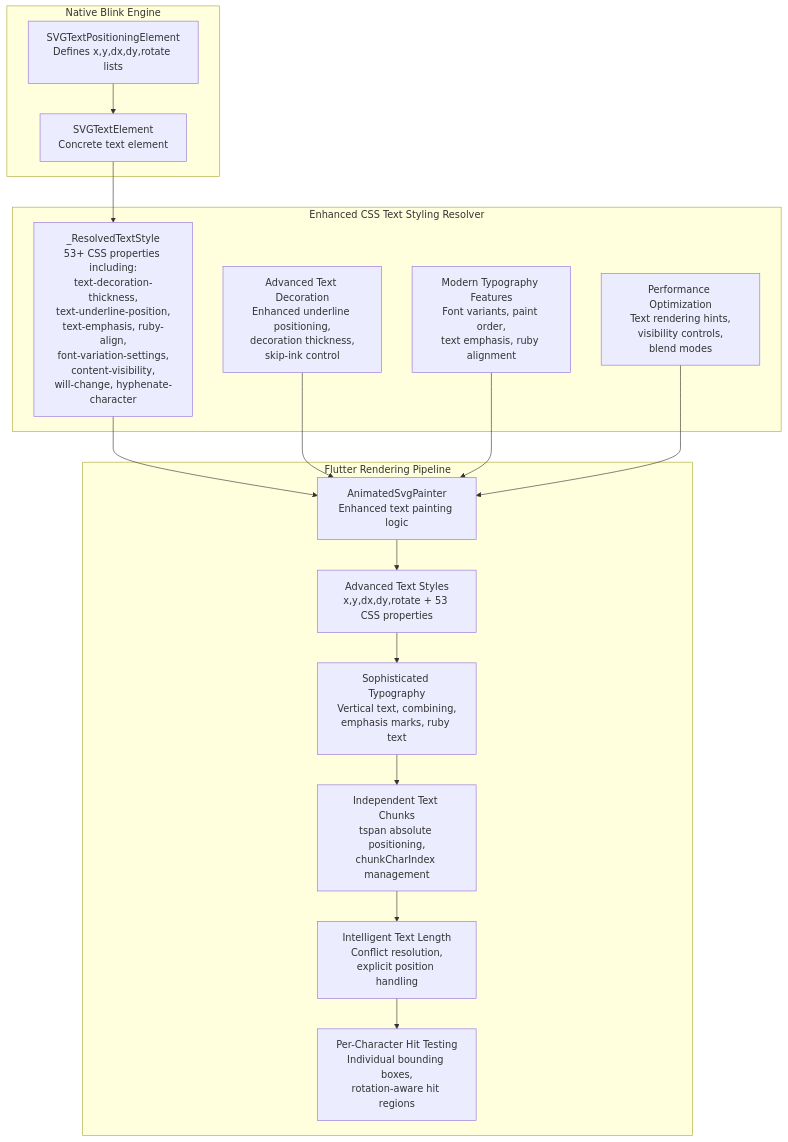
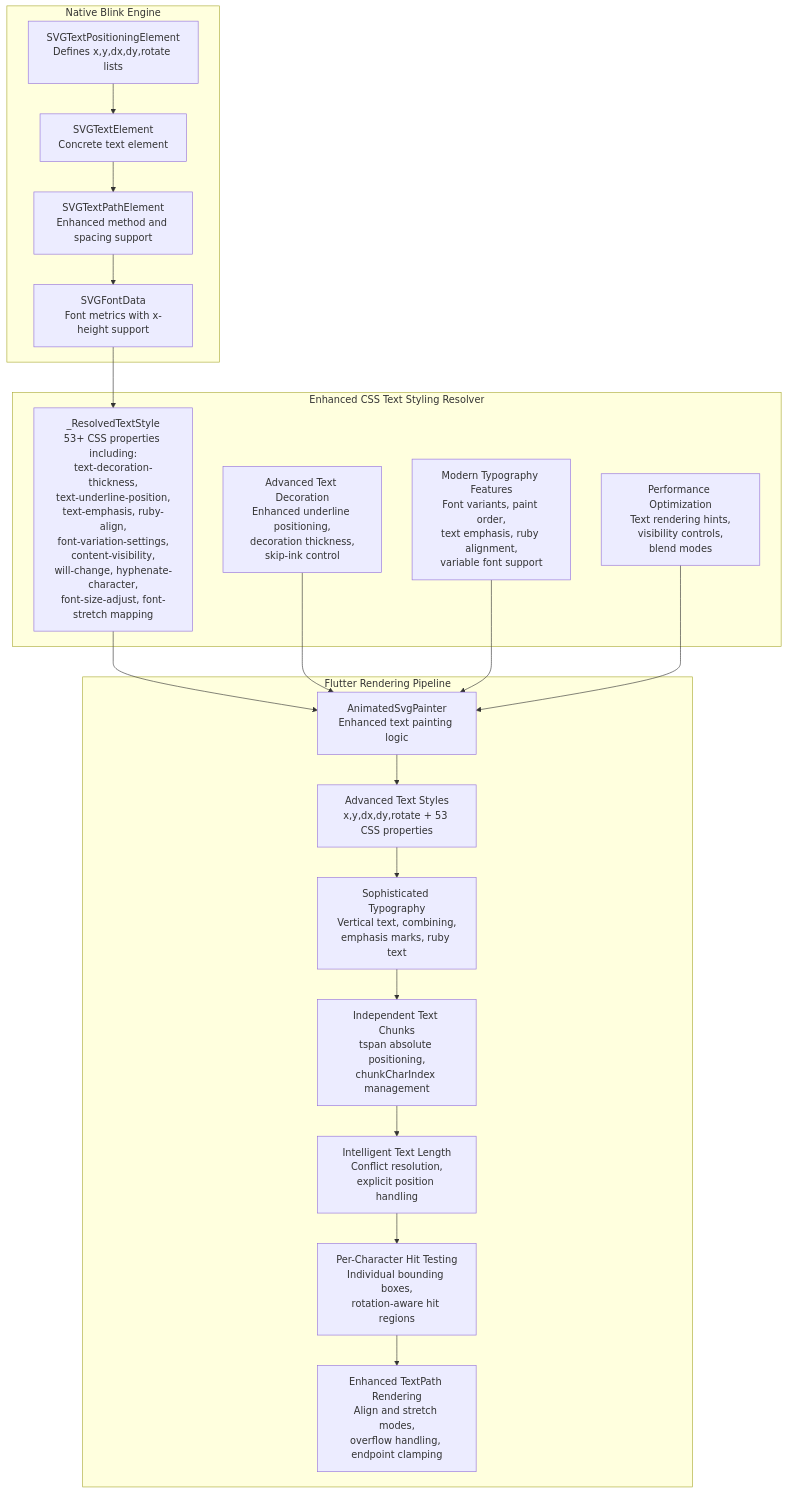
Before and after one commit to denisnadey/flutter_full_svg_support: the first of 6 diagrams in .qoder/repowiki/en/content/Animated SVG Support/Text Positioning Attributes.md, drawn with Mermaid. The commit also changed other lines of this file and 31 other files, not shown here.

First line of the commit message:
feat(smil-animation): implement advanced motion animation and path tracking

````diff
--- a/.qoder/repowiki/en/content/Animated SVG Support/Text Positioning Attributes.md
+++ b/.qoder/repowiki/en/content/Animated SVG Support/Text Positioning Attributes.md
@@ -64,32 +78,38 @@
 ```mermaid
 graph TB
 subgraph "Native Blink Engine"
 A["SVGTextPositioningElement<br/>Defines x,y,dx,dy,rotate lists"]
 B["SVGTextElement<br/>Concrete text element"]
+C["SVGTextPathElement<br/>Enhanced method and spacing support"]
+D["SVGFontData<br/>Font metrics with x-height support"]
 end
 subgraph "Enhanced CSS Text Styling Resolver"
-C["_ResolvedTextStyle<br/>53+ CSS properties including:<br/>text-decoration-thickness,<br/>text-underline-position,<br/>text-emphasis, ruby-align,<br/>font-variation-settings,<br/>content-visibility,<br/>will-change, hyphenate-character"]
-D["Advanced Text Decoration<br/>Enhanced underline positioning,<br/>decoration thickness,<br/>skip-ink control"]
-E["Modern Typography Features<br/>Font variants, paint order,<br/>text emphasis, ruby alignment"]
-F["Performance Optimization<br/>Text rendering hints,<br/>visibility controls,<br/>blend modes"]
+E["_ResolvedTextStyle<br/>53+ CSS properties including:<br/>text-decoration-thickness,<br/>text-underline-position,<br/>text-emphasis, ruby-align,<br/>font-variation-settings,<br/>content-visibility,<br/>will-change, hyphenate-character,<br/>font-size-adjust, font-stretch mapping"]
+F["Advanced Text Decoration<br/>Enhanced underline positioning,<br/>decoration thickness,<br/>skip-ink control"]
+G["Modern Typography Features<br/>Font variants, paint order,<br/>text emphasis, ruby alignment,<br/>variable font support"]
+H["Performance Optimization<br/>Text rendering hints,<br/>visibility controls,<br/>blend modes"]
 end
 subgraph "Flutter Rendering Pipeline"
-G["AnimatedSvgPainter<br/>Enhanced text painting logic"]
-H["Advanced Text Styles<br/>x,y,dx,dy,rotate + 53 CSS properties"]
-I["Sophisticated Typography<br/>Vertical text, combining,<br/>emphasis marks, ruby text"]
-J["Independent Text Chunks<br/>tspan absolute positioning,<br/>chunkCharIndex management"]
-K["Intelligent Text Length<br/>Conflict resolution,<br/>explicit position handling"]
-L["Per-Character Hit Testing<br/>Individual bounding boxes,<br/>rotation-aware hit regions"]
+I["AnimatedSvgPainter<br/>Enhanced text painting logic"]
+J["Advanced Text Styles<br/>x,y,dx,dy,rotate + 53 CSS properties"]
+K["Sophisticated Typography<br/>Vertical text, combining,<br/>emphasis marks, ruby text"]
+L["Independent Text Chunks<br/>tspan absolute positioning,<br/>chunkCharIndex management"]
+M["Intelligent Text Length<br/>Conflict resolution,<br/>explicit position handling"]
+N["Per-Character Hit Testing<br/>Individual bounding boxes,<br/>rotation-aware hit regions"]
+O["Enhanced TextPath Rendering<br/>Align and stretch modes,<br/>overflow handling, endpoint clamping"]
 end
 A --> B
 B --> C
-C --> G
-D --> G
-E --> G
-F --> G
-G --> H
+C --> D
+D --> E
+E --> I
+F --> I
+G --> I
 H --> I
 I --> J
 J --> K
 K --> L
+L --> M
+M --> N
+N --> O
 ```
````
